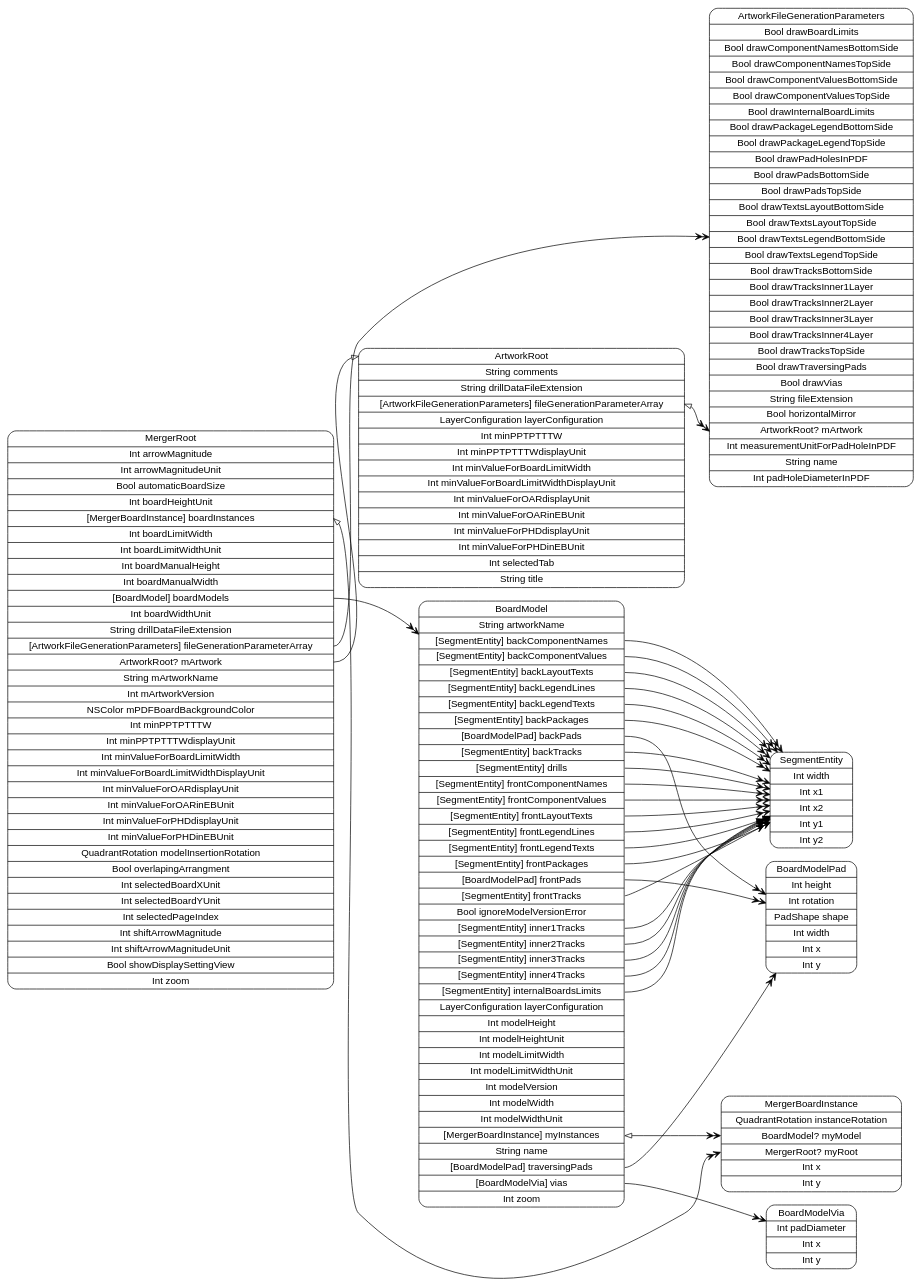
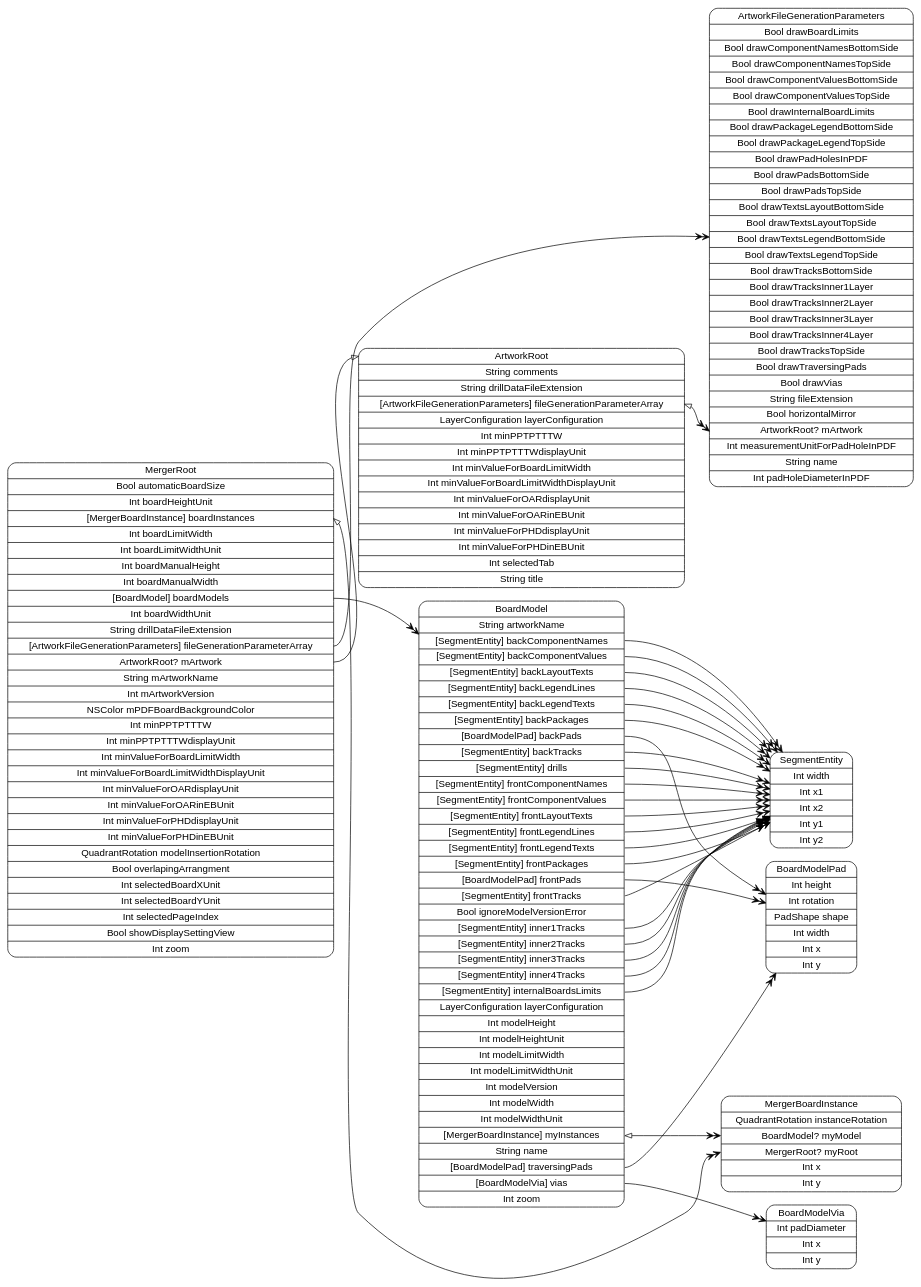
Before and after one commit to pierremolinaro/ElCanari-dev: the diagram in models/graph-MergerRoot.dot, drawn with Graphviz. The commit also changed 9 other files, not shown here.

Commit message:
Suppression « Arrow Key Magnitude » dans Merger

```diff
--- a/models/graph-MergerRoot.dot
+++ b/models/graph-MergerRoot.dot
@@ -1,42 +1,42 @@
 digraph G {
   rankdir=LR ;
   node [shape=record fontname=helvetica style=rounded] ;
-  MergerRoot[label="<MergerRoot>MergerRoot|Int arrowMagnitude|Int arrowMagnitudeUnit|Bool automaticBoardSize|Int boardHeightUnit|<boardInstances>[MergerBoardInstance] boardInstances|Int boardLimitWidth|Int boardLimitWidthUnit|Int boardManualHeight|Int boardManualWidth|<boardModels>[BoardModel] boardModels|Int boardWidthUnit|String drillDataFileExtension|<fileGenerationParameterArray>[ArtworkFileGenerationParameters] fileGenerationParameterArray|<mArtwork>ArtworkRoot? mArtwork|String mArtworkName|Int mArtworkVersion|NSColor mPDFBoardBackgroundColor|Int minPPTPTTTW|Int minPPTPTTTWdisplayUnit|Int minValueForBoardLimitWidth|Int minValueForBoardLimitWidthDisplayUnit|Int minValueForOARdisplayUnit|Int minValueForOARinEBUnit|Int minValueForPHDdisplayUnit|Int minValueForPHDinEBUnit|QuadrantRotation modelInsertionRotation|Bool overlapingArrangment|Int selectedBoardXUnit|Int selectedBoardYUnit|Int selectedPageIndex|Int shiftArrowMagnitude|Int shiftArrowMagnitudeUnit|Bool showDisplaySettingView|Int zoom"] ;
+  MergerRoot[label="<MergerRoot>MergerRoot|Bool automaticBoardSize|Int boardHeightUnit|<boardInstances>[MergerBoardInstance] boardInstances|Int boardLimitWidth|Int boardLimitWidthUnit|Int boardManualHeight|Int boardManualWidth|<boardModels>[BoardModel] boardModels|Int boardWidthUnit|String drillDataFileExtension|<fileGenerationParameterArray>[ArtworkFileGenerationParameters] fileGenerationParameterArray|<mArtwork>ArtworkRoot? mArtwork|String mArtworkName|Int mArtworkVersion|NSColor mPDFBoardBackgroundColor|Int minPPTPTTTW|Int minPPTPTTTWdisplayUnit|Int minValueForBoardLimitWidth|Int minValueForBoardLimitWidthDisplayUnit|Int minValueForOARdisplayUnit|Int minValueForOARinEBUnit|Int minValueForPHDdisplayUnit|Int minValueForPHDinEBUnit|QuadrantRotation modelInsertionRotation|Bool overlapingArrangment|Int selectedBoardXUnit|Int selectedBoardYUnit|Int selectedPageIndex|Bool showDisplaySettingView|Int zoom"] ;
   ArtworkRoot[label="<ArtworkRoot>ArtworkRoot|String comments|String drillDataFileExtension|<fileGenerationParameterArray>[ArtworkFileGenerationParameters] fileGenerationParameterArray|LayerConfiguration layerConfiguration|Int minPPTPTTTW|Int minPPTPTTTWdisplayUnit|Int minValueForBoardLimitWidth|Int minValueForBoardLimitWidthDisplayUnit|Int minValueForOARdisplayUnit|Int minValueForOARinEBUnit|Int minValueForPHDdisplayUnit|Int minValueForPHDinEBUnit|Int selectedTab|String title"] ;
   ArtworkFileGenerationParameters[label="<ArtworkFileGenerationParameters>ArtworkFileGenerationParameters|Bool drawBoardLimits|Bool drawComponentNamesBottomSide|Bool drawComponentNamesTopSide|Bool drawComponentValuesBottomSide|Bool drawComponentValuesTopSide|Bool drawInternalBoardLimits|Bool drawPackageLegendBottomSide|Bool drawPackageLegendTopSide|Bool drawPadHolesInPDF|Bool drawPadsBottomSide|Bool drawPadsTopSide|Bool drawTextsLayoutBottomSide|Bool drawTextsLayoutTopSide|Bool drawTextsLegendBottomSide|Bool drawTextsLegendTopSide|Bool drawTracksBottomSide|Bool drawTracksInner1Layer|Bool drawTracksInner2Layer|Bool drawTracksInner3Layer|Bool drawTracksInner4Layer|Bool drawTracksTopSide|Bool drawTraversingPads|Bool drawVias|String fileExtension|Bool horizontalMirror|<mArtwork>ArtworkRoot? mArtwork|Int measurementUnitForPadHoleInPDF|String name|Int padHoleDiameterInPDF"] ;
   BoardModel[label="<BoardModel>BoardModel|String artworkName|<backComponentNames>[SegmentEntity] backComponentNames|<backComponentValues>[SegmentEntity] backComponentValues|<backLayoutTexts>[SegmentEntity] backLayoutTexts|<backLegendLines>[SegmentEntity] backLegendLines|<backLegendTexts>[SegmentEntity] backLegendTexts|<backPackages>[SegmentEntity] backPackages|<backPads>[BoardModelPad] backPads|<backTracks>[SegmentEntity] backTracks|<drills>[SegmentEntity] drills|<frontComponentNames>[SegmentEntity] frontComponentNames|<frontComponentValues>[SegmentEntity] frontComponentValues|<frontLayoutTexts>[SegmentEntity] frontLayoutTexts|<frontLegendLines>[SegmentEntity] frontLegendLines|<frontLegendTexts>[SegmentEntity] frontLegendTexts|<frontPackages>[SegmentEntity] frontPackages|<frontPads>[BoardModelPad] frontPads|<frontTracks>[SegmentEntity] frontTracks|Bool ignoreModelVersionError|<inner1Tracks>[SegmentEntity] inner1Tracks|<inner2Tracks>[SegmentEntity] inner2Tracks|<inner3Tracks>[SegmentEntity] inner3Tracks|<inner4Tracks>[SegmentEntity] inner4Tracks|<internalBoardsLimits>[SegmentEntity] internalBoardsLimits|LayerConfiguration layerConfiguration|Int modelHeight|Int modelHeightUnit|Int modelLimitWidth|Int modelLimitWidthUnit|Int modelVersion|Int modelWidth|Int modelWidthUnit|<myInstances>[MergerBoardInstance] myInstances|String name|<traversingPads>[BoardModelPad] traversingPads|<vias>[BoardModelVia] vias|Int zoom"] ;
   BoardModelVia[label="<BoardModelVia>BoardModelVia|Int padDiameter|Int x|Int y"] ;
   BoardModelPad[label="<BoardModelPad>BoardModelPad|Int height|Int rotation|PadShape shape|Int width|Int x|Int y"] ;
   SegmentEntity[label="<SegmentEntity>SegmentEntity|Int width|Int x1|Int x2|Int y1|Int y2"] ;
   MergerBoardInstance[label="<MergerBoardInstance>MergerBoardInstance|QuadrantRotation instanceRotation|<myModel>BoardModel? myModel|<myRoot>MergerRoot? myRoot|Int x|Int y"] ;
   MergerRoot:boardInstances -> MergerBoardInstance:myRoot [dir=both arrowtail=onormal arrowhead=veevee] ;
   MergerRoot:boardModels -> BoardModel [dir=both arrowtail=none arrowhead=veevee] ;
   MergerRoot:fileGenerationParameterArray -> ArtworkFileGenerationParameters [dir=both arrowtail=none arrowhead=veevee] ;
   MergerRoot:mArtwork -> ArtworkRoot:ArtworkRoot [dir=both arrowtail=none arrowhead=onormal] ;
   ArtworkRoot:fileGenerationParameterArray -> ArtworkFileGenerationParameters:mArtwork [dir=both arrowtail=onormal arrowhead=veevee] ;
   BoardModel:backComponentNames -> SegmentEntity [dir=both arrowtail=none arrowhead=veevee] ;
   BoardModel:backComponentValues -> SegmentEntity [dir=both arrowtail=none arrowhead=veevee] ;
   BoardModel:backLayoutTexts -> SegmentEntity [dir=both arrowtail=none arrowhead=veevee] ;
   BoardModel:backLegendLines -> SegmentEntity [dir=both arrowtail=none arrowhead=veevee] ;
   BoardModel:backLegendTexts -> SegmentEntity [dir=both arrowtail=none arrowhead=veevee] ;
   BoardModel:backPackages -> SegmentEntity [dir=both arrowtail=none arrowhead=veevee] ;
   BoardModel:backPads -> BoardModelPad [dir=both arrowtail=none arrowhead=veevee] ;
   BoardModel:backTracks -> SegmentEntity [dir=both arrowtail=none arrowhead=veevee] ;
   BoardModel:drills -> SegmentEntity [dir=both arrowtail=none arrowhead=veevee] ;
   BoardModel:frontComponentNames -> SegmentEntity [dir=both arrowtail=none arrowhead=veevee] ;
   BoardModel:frontComponentValues -> SegmentEntity [dir=both arrowtail=none arrowhead=veevee] ;
   BoardModel:frontLayoutTexts -> SegmentEntity [dir=both arrowtail=none arrowhead=veevee] ;
   BoardModel:frontLegendLines -> SegmentEntity [dir=both arrowtail=none arrowhead=veevee] ;
   BoardModel:frontLegendTexts -> SegmentEntity [dir=both arrowtail=none arrowhead=veevee] ;
   BoardModel:frontPackages -> SegmentEntity [dir=both arrowtail=none arrowhead=veevee] ;
   BoardModel:frontPads -> BoardModelPad [dir=both arrowtail=none arrowhead=veevee] ;
   BoardModel:frontTracks -> SegmentEntity [dir=both arrowtail=none arrowhead=veevee] ;
   BoardModel:inner1Tracks -> SegmentEntity [dir=both arrowtail=none arrowhead=veevee] ;
   BoardModel:inner2Tracks -> SegmentEntity [dir=both arrowtail=none arrowhead=veevee] ;
   BoardModel:inner3Tracks -> SegmentEntity [dir=both arrowtail=none arrowhead=veevee] ;
   BoardModel:inner4Tracks -> SegmentEntity [dir=both arrowtail=none arrowhead=veevee] ;
   BoardModel:internalBoardsLimits -> SegmentEntity [dir=both arrowtail=none arrowhead=veevee] ;
   BoardModel:myInstances -> MergerBoardInstance:myModel [dir=both arrowtail=onormal arrowhead=veevee] ;
   BoardModel:traversingPads -> BoardModelPad [dir=both arrowtail=none arrowhead=veevee] ;
   BoardModel:vias -> BoardModelVia [dir=both arrowtail=none arrowhead=veevee] ;
 }
```
